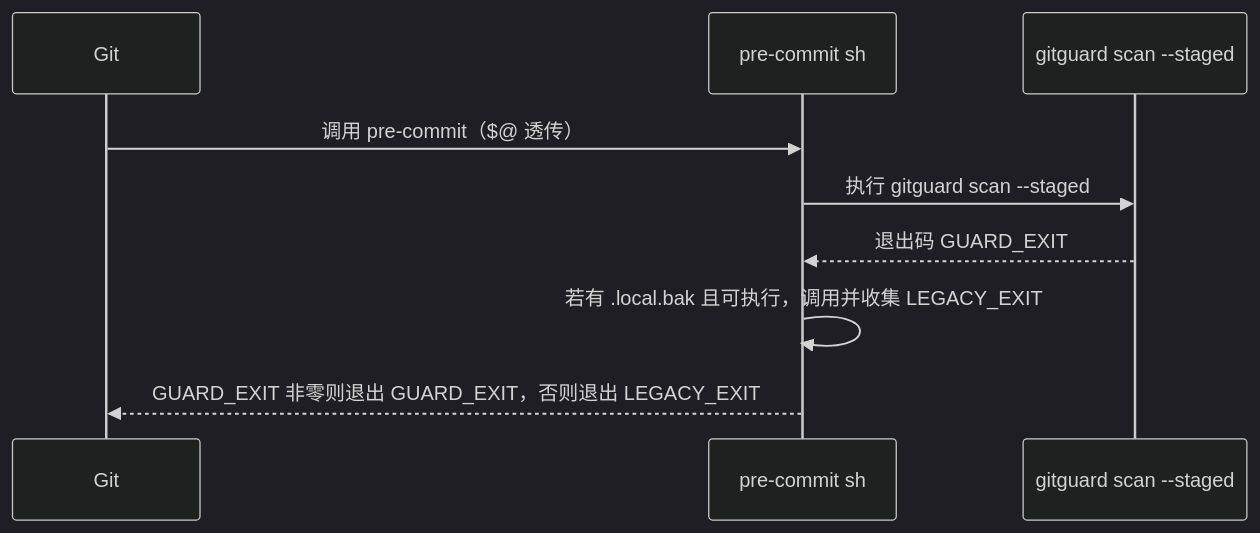
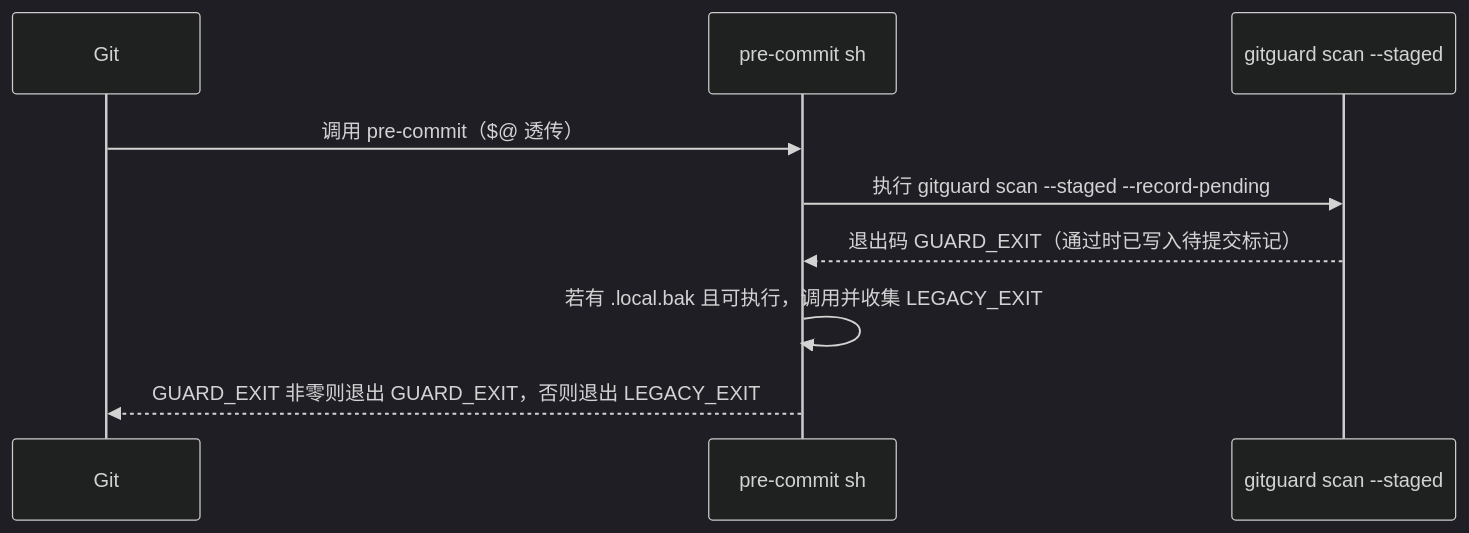
One commit to Camefor/GitGuard changed the second of 4 diagrams in docs/模块设计/Hook.md. Above: the diagram before and after it, drawn with Mermaid (dark theme). The commit also changed other lines of this file and 55 other files, not shown here.

````diff
--- a/docs/模块设计/Hook.md
+++ b/docs/模块设计/Hook.md
@@ -107,11 +112,11 @@
 ```mermaid
 sequenceDiagram
     participant Git
     participant Hook as pre-commit sh
     participant CLI as gitguard scan --staged
     Git->>Hook: 调用 pre-commit（$@ 透传）
-    Hook->>CLI: 执行 gitguard scan --staged
-    CLI-->>Hook: 退出码 GUARD_EXIT
+    Hook->>CLI: 执行 gitguard scan --staged --record-pending
+    CLI-->>Hook: 退出码 GUARD_EXIT（通过时已写入待提交标记）
     Hook->>Hook: 若有 .local.bak 且可执行，调用并收集 LEGACY_EXIT
     Hook-->>Git: GUARD_EXIT 非零则退出 GUARD_EXIT，否则退出 LEGACY_EXIT
 ```
````
